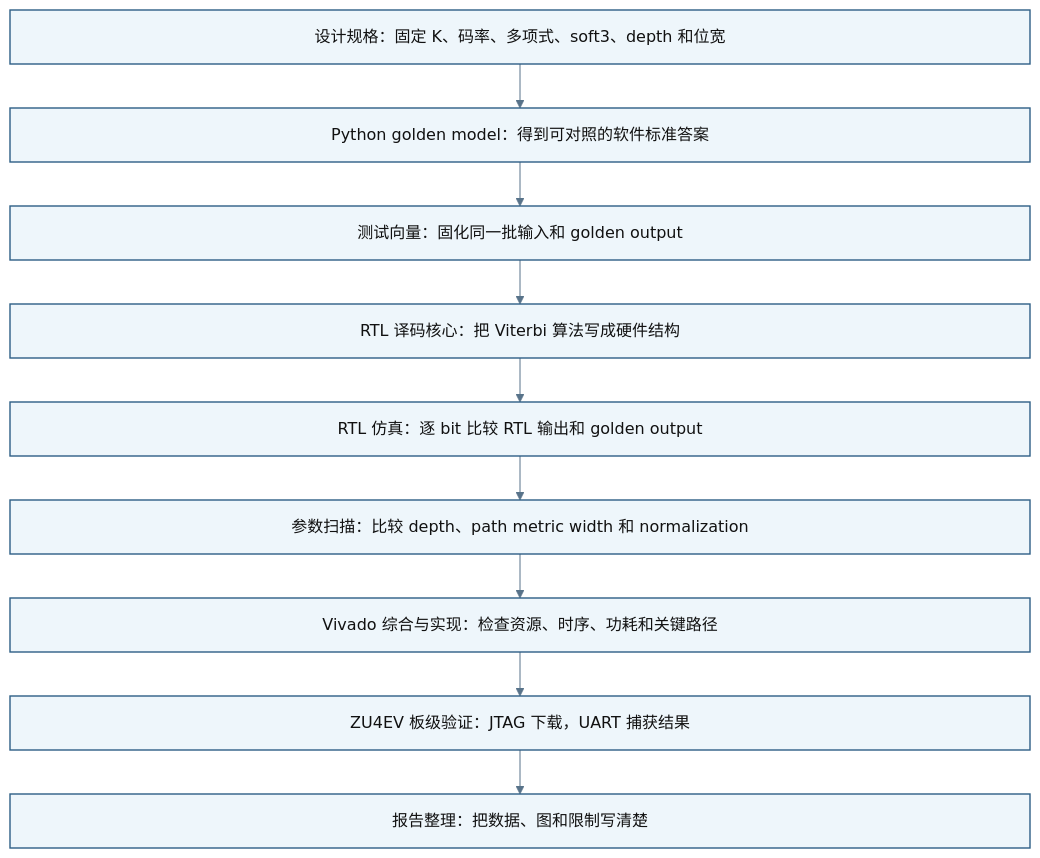
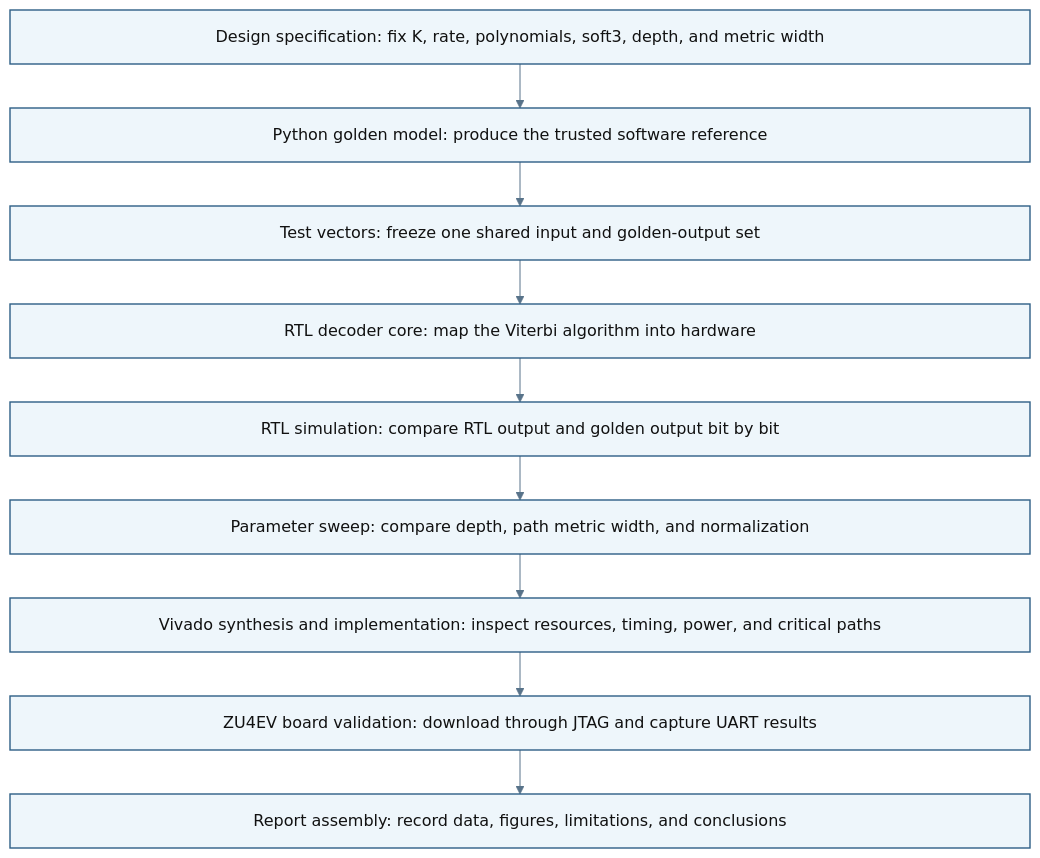
The diagram in docs/assets/diagrams/report_end_to_end_workflow.mmd (AIALRA-0/Viterbi_Decoder), drawn with Mermaid before and after one commit. The commit also changed 54 other files, not shown here.

```diff
--- a/docs/assets/diagrams/report_end_to_end_workflow.mmd
+++ b/docs/assets/diagrams/report_end_to_end_workflow.mmd
@@ -1,16 +1,16 @@
 %%{init: {"theme": "base", "flowchart": {"htmlLabels": true, "curve": "linear", "nodeSpacing": 45, "rankSpacing": 44}, "themeVariables": {"fontFamily": "Microsoft YaHei, Arial", "primaryColor": "#eef6fb", "primaryBorderColor": "#2e5f86", "primaryTextColor": "#111111", "lineColor": "#58738a"}}}%%
 flowchart TD
-  A["<div style='width:960px'>设计规格：固定 K、码率、多项式、soft3、depth 和位宽</div>"]
-  B["<div style='width:960px'>Python golden model：得到可对照的软件标准答案</div>"]
-  C["<div style='width:960px'>测试向量：固化同一批输入和 golden output</div>"]
-  D["<div style='width:960px'>RTL 译码核心：把 Viterbi 算法写成硬件结构</div>"]
-  E["<div style='width:960px'>RTL 仿真：逐 bit 比较 RTL 输出和 golden output</div>"]
-  F["<div style='width:960px'>参数扫描：比较 depth、path metric width 和 normalization</div>"]
-  G["<div style='width:960px'>Vivado 综合与实现：检查资源、时序、功耗和关键路径</div>"]
-  H["<div style='width:960px'>ZU4EV 板级验证：JTAG 下载，UART 捕获结果</div>"]
-  I["<div style='width:960px'>报告整理：把数据、图和限制写清楚</div>"]
+  A["<div style='width:960px'>Design specification: fix K, rate, polynomials, soft3, depth, and metric width</div>"]
+  B["<div style='width:960px'>Python golden model: produce the trusted software reference</div>"]
+  C["<div style='width:960px'>Test vectors: freeze one shared input and golden-output set</div>"]
+  D["<div style='width:960px'>RTL decoder core: map the Viterbi algorithm into hardware</div>"]
+  E["<div style='width:960px'>RTL simulation: compare RTL output and golden output bit by bit</div>"]
+  F["<div style='width:960px'>Parameter sweep: compare depth, path metric width, and normalization</div>"]
+  G["<div style='width:960px'>Vivado synthesis and implementation: inspect resources, timing, power, and critical paths</div>"]
+  H["<div style='width:960px'>ZU4EV board validation: download through JTAG and capture UART results</div>"]
+  I["<div style='width:960px'>Report assembly: record data, figures, limitations, and conclusions</div>"]
 
   A --> B --> C --> D --> E --> F --> G --> H --> I
 
   classDef box fill:#eef6fb,stroke:#2e5f86,stroke-width:1.4px,color:#111111;
   class A,B,C,D,E,F,G,H,I box;
```
